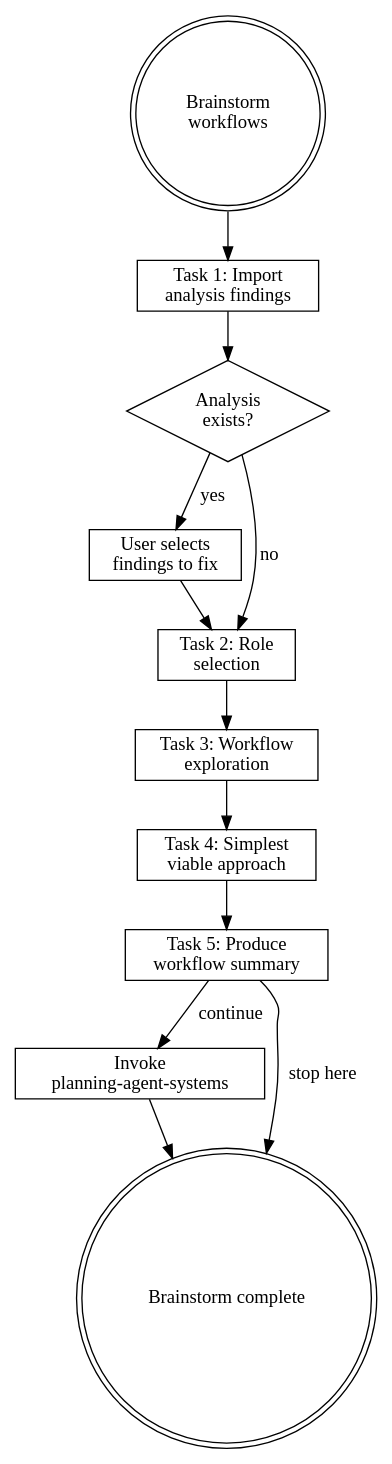
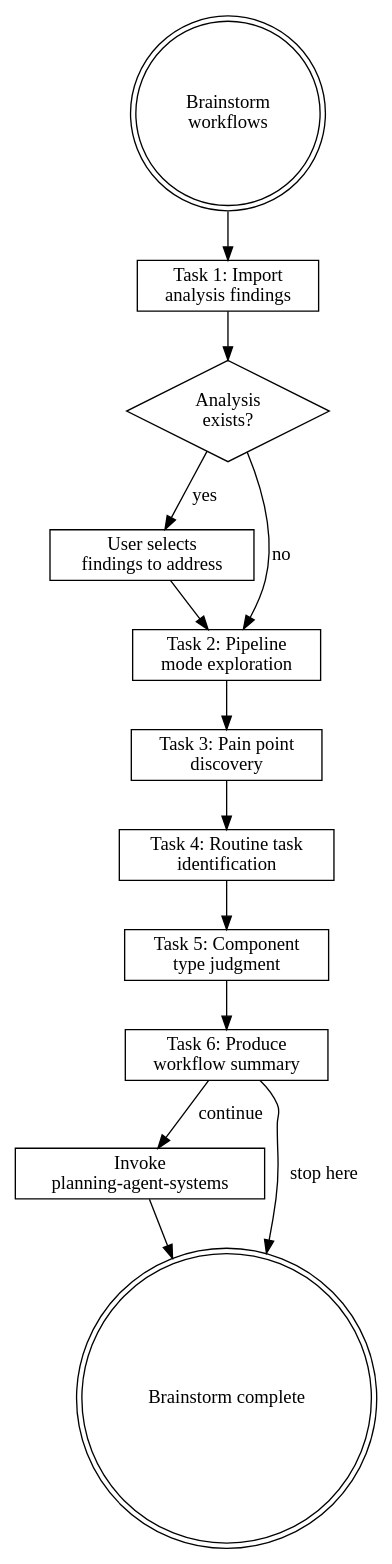
Before and after one commit to wayne930242/Reflexive-Claude-Code: the diagram in plugins/rcc/skills/brainstorming-workflows/SKILL.md, drawn with Graphviz. The commit also changed other lines of this file, not shown here.

Commit message:
feat(brainstorming): redesign as targeted exploration with pipeline and pain point focus

````diff
--- a/plugins/rcc/skills/brainstorming-workflows/SKILL.md
+++ b/plugins/rcc/skills/brainstorming-workflows/SKILL.md
@@ -171,28 +166,30 @@
 ```dot
 digraph brainstorm_workflows {
     rankdir=TB;
 
     start [label="Brainstorm\nworkflows", shape=doublecircle];
-    analysis [label="Task 1: Import\nanalysis findings", shape=box];
+    import [label="Task 1: Import\nanalysis findings", shape=box];
     has_analysis [label="Analysis\nexists?", shape=diamond];
-    confirm_fixes [label="User selects\nfindings to fix", shape=box];
-    role [label="Task 2: Role\nselection", shape=box];
-    explore [label="Task 3: Workflow\nexploration", shape=box];
-    simplify [label="Task 4: Simplest\nviable approach", shape=box];
-    summary [label="Task 5: Produce\nworkflow summary", shape=box];
+    select [label="User selects\nfindings to address", shape=box];
+    pipeline [label="Task 2: Pipeline\nmode exploration", shape=box];
+    pain [label="Task 3: Pain point\ndiscovery", shape=box];
+    routine [label="Task 4: Routine task\nidentification", shape=box];
+    component [label="Task 5: Component\ntype judgment", shape=box];
+    summary [label="Task 6: Produce\nworkflow summary", shape=box];
     handoff [label="Invoke\nplanning-agent-systems", shape=box];
     done [label="Brainstorm complete", shape=doublecircle];
 
-    start -> analysis;
-    analysis -> has_analysis;
-    has_analysis -> confirm_fixes [label="yes"];
-    has_analysis -> role [label="no"];
-    confirm_fixes -> role;
-    role -> explore;
-    explore -> simplify;
-    simplify -> summary;
+    start -> import;
+    import -> has_analysis;
+    has_analysis -> select [label="yes"];
+    has_analysis -> pipeline [label="no"];
+    select -> pipeline;
+    pipeline -> pain;
+    pain -> routine;
+    routine -> component;
+    component -> summary;
     summary -> handoff [label="continue"];
     summary -> done [label="stop here"];
     handoff -> done;
 }
 ```
````
